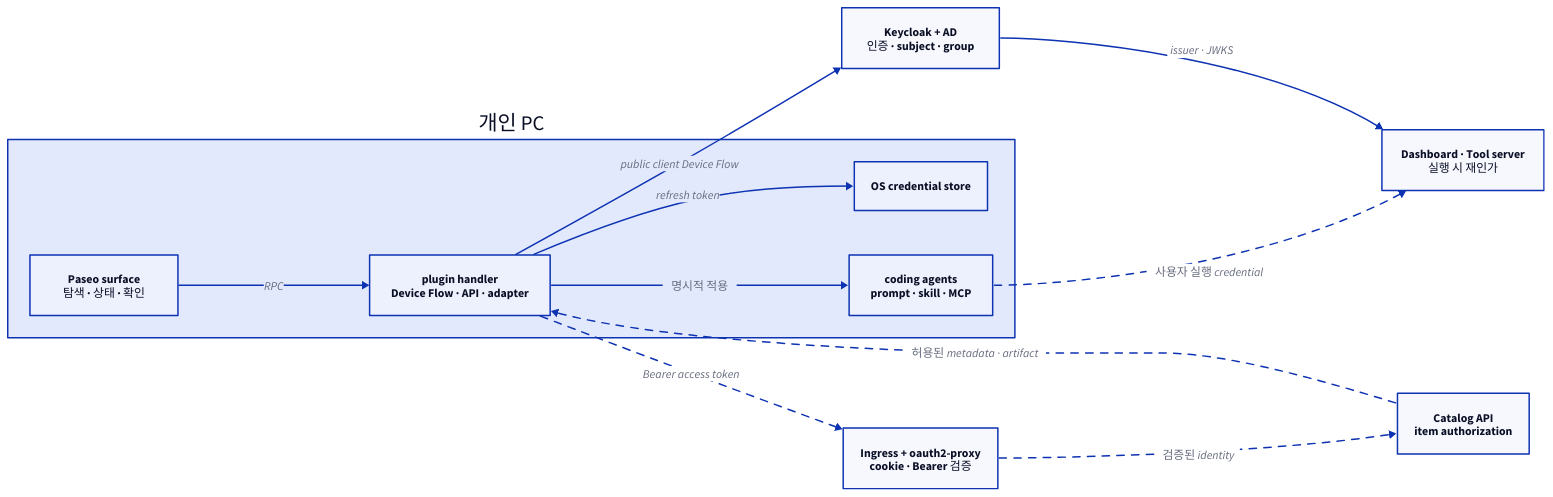
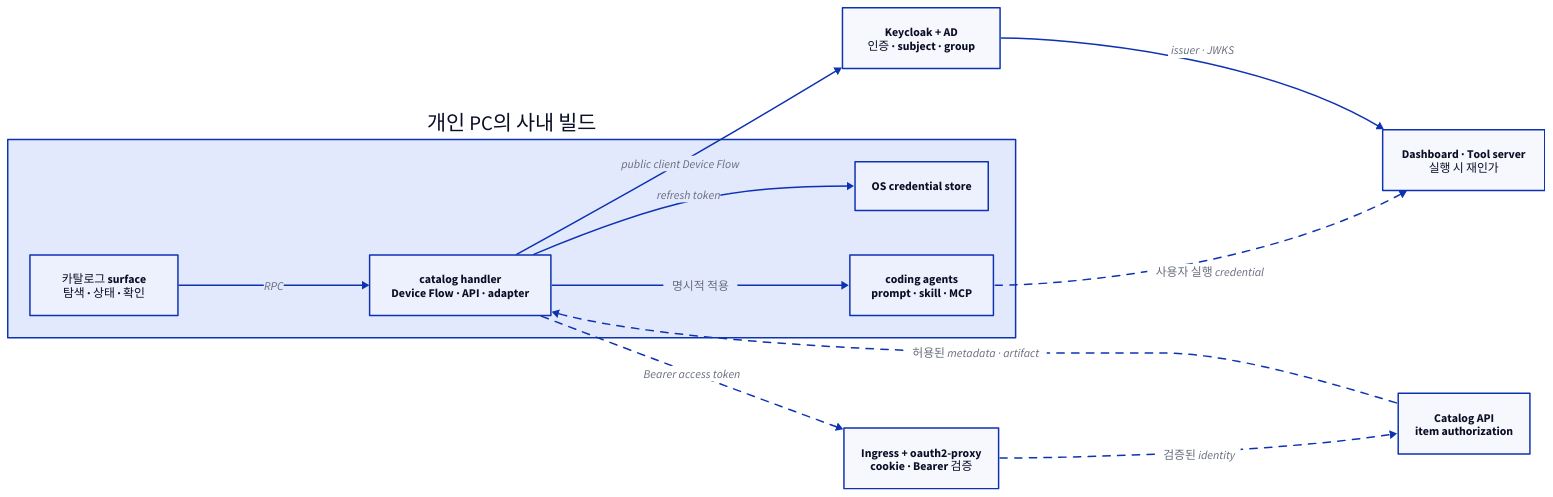
The diagram in src/content/docs/paseo-enterprise/09-wrapup.mdx (mechurak/study-starlight), drawn with D2 before and after one commit. The commit also changed other lines of this file and 12 other files, not shown here.

````diff
--- a/src/content/docs/paseo-enterprise/09-wrapup.mdx
+++ b/src/content/docs/paseo-enterprise/09-wrapup.mdx
@@ -15,34 +15,34 @@
 ```d2 layout=elk pad=40 title="Paseo 사내 카탈로그의 최종 책임과 요청 경로"
 direction: right
 
-pc: "개인 PC" {
-  surface: "Paseo surface\n탐색 · 상태 · 확인"
-  handler: "plugin handler\nDevice Flow · API · adapter"
+pc: "개인 PC의 사내 빌드" {
+  surface: "카탈로그 surface\n탐색 · 상태 · 확인"
+  handler: "catalog handler\nDevice Flow · API · adapter"
   secure: "OS credential store"
   agents: "coding agents\nprompt · skill · MCP"
 
   surface -> handler: "RPC"
   handler -> secure: "refresh token"
   handler -> agents: "명시적 적용"
 }
 
 identity: "Keycloak + AD\n인증 · subject · group"
 edge: "Ingress + oauth2-proxy\ncookie · Bearer 검증"
 catalog: "Catalog API\nitem authorization"
 runtime: "Dashboard · Tool server\n실행 시 재인가"
 
 pc.handler -> identity: "public client Device Flow"
 pc.handler -> edge: "Bearer access token" {
   style.animated: true
 }
 edge -> catalog: "검증된 identity" {
   style.animated: true
 }
 catalog -> pc.handler: "허용된 metadata · artifact" {
   style.animated: true
 }
 pc.agents -> runtime: "사용자 실행 credential" {
   style.animated: true
 }
 identity -> runtime: "issuer · JWKS"
 ```
````
